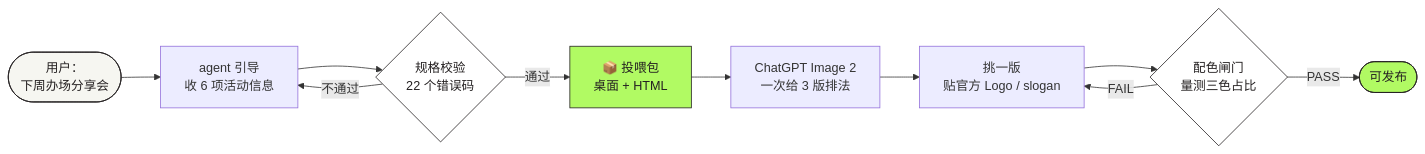
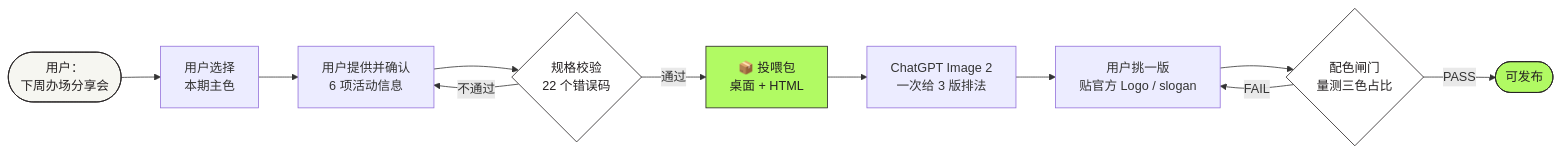
Before and after one commit to Verayi2007/iflink-meetup-poster-skill: the diagram in README.md, drawn with Mermaid. The commit also changed other lines of this file and 9 other files, not shown here.

````diff
--- a/README.md
+++ b/README.md
@@ -40,18 +42,19 @@
 ```mermaid
 flowchart LR
-    A(["用户：<br/>下周办场分享会"]) --> B["agent 引导<br/>收 6 项活动信息"]
+    A(["用户：<br/>下周办场分享会"]) --> P["用户选择<br/>本期主色"]
+    P --> B["用户提供并确认<br/>6 项活动信息"]
     B --> C{"规格校验<br/>22 个错误码"}
     C -->|通过| D["📦 投喂包<br/>桌面 + HTML"]
     C -->|不通过| B
     D --> E["ChatGPT Image 2<br/>一次给 3 版排法"]
-    E --> F["挑一版<br/>贴官方 Logo / slogan"]
+    E --> F["用户挑一版<br/>贴官方 Logo / slogan"]
     F --> G{"配色闸门<br/>量测三色占比"}
     G -->|PASS| H(["可发布"])
     G -->|FAIL| F
 
     style A fill:#F6F6F1,stroke:#242021,color:#242021
     style D fill:#B1FA63,stroke:#242021,color:#242021
     style H fill:#B1FA63,stroke:#242021,color:#242021
     style C fill:#ffffff,stroke:#242021,color:#242021
     style G fill:#ffffff,stroke:#242021,color:#242021
 ```
````
